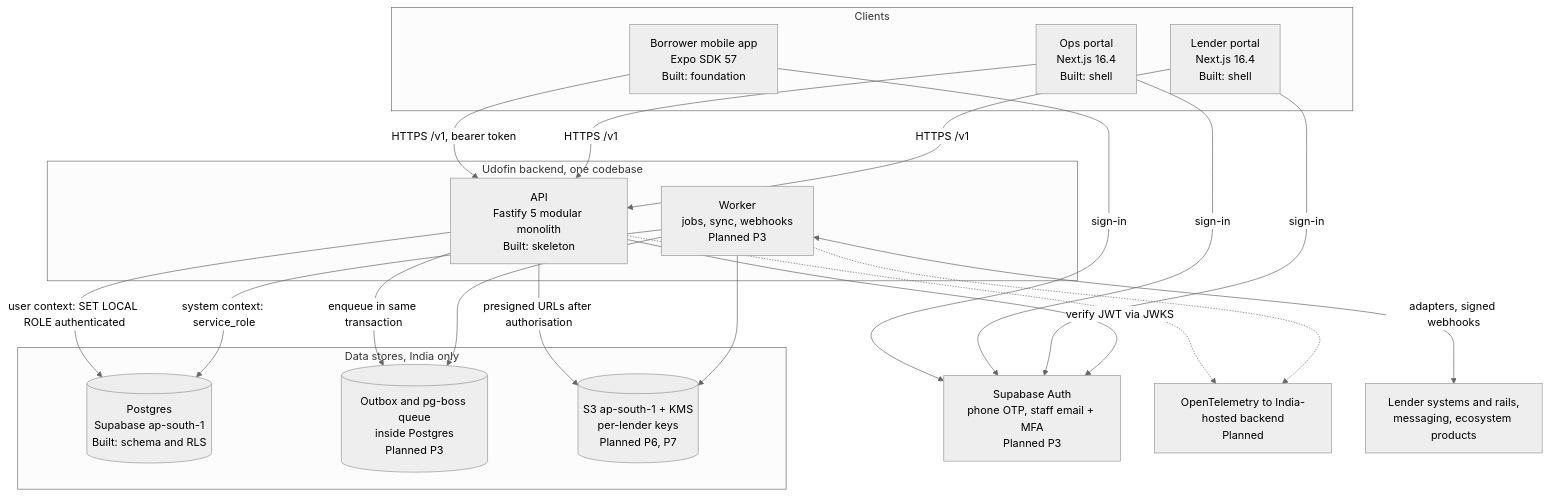
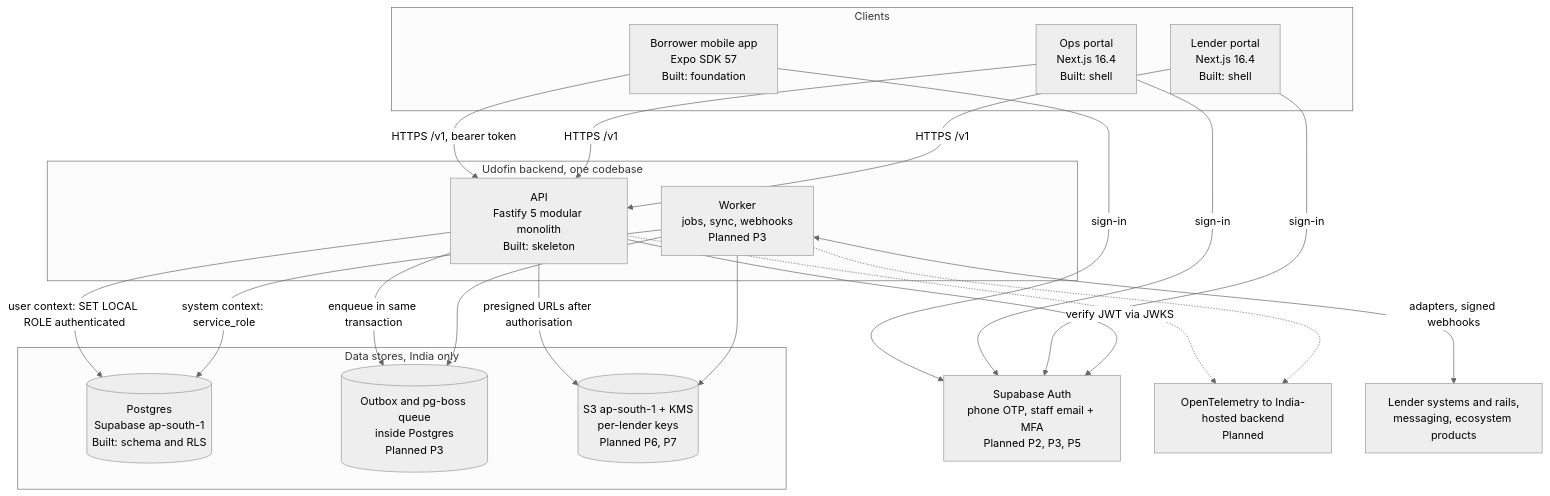
Before and after one commit to lawdocs/udofin1: the second of 5 diagrams in docs/architecture/overview.md, drawn with Mermaid (neutral theme). The commit also changed other lines of this file and 8 other files, not shown here.

First line of the commit message:
docs: reconcile ADRs, architecture and data ownership with the branch

````diff
--- a/docs/architecture/overview.md
+++ b/docs/architecture/overview.md
@@ -157,41 +157,41 @@
 ```mermaid
 flowchart TB
   subgraph clients["Clients"]
     mobile["Borrower mobile app<br/>Expo SDK 57<br/>Built: foundation"]
     opsportal["Ops portal<br/>Next.js 16.4<br/>Built: shell"]
     lenderportal["Lender portal<br/>Next.js 16.4<br/>Built: shell"]
   end
 
-  auth["Supabase Auth<br/>phone OTP, staff email + MFA<br/>Planned P3"]
+  auth["Supabase Auth<br/>phone OTP, staff email + MFA<br/>Planned P2, P3, P5"]
 
   subgraph backend["Udofin backend, one codebase"]
     api["API<br/>Fastify 5 modular monolith<br/>Built: skeleton"]
     worker["Worker<br/>jobs, sync, webhooks<br/>Planned P3"]
   end
 
   subgraph stores["Data stores, India only"]
     pg[("Postgres<br/>Supabase ap-south-1<br/>Built: schema and RLS")]
     queue[("Outbox and pg-boss queue<br/>inside Postgres<br/>Planned P3")]
     s3[("S3 ap-south-1 + KMS<br/>per-lender keys<br/>Planned P6, P7")]
   end
 
   obs["OpenTelemetry to India-hosted backend<br/>Planned"]
   ext["Lender systems and rails,<br/>messaging, ecosystem products"]
 
   mobile -->|"HTTPS /v1, bearer token"| api
   opsportal -->|"HTTPS /v1"| api
   lenderportal -->|"HTTPS /v1"| api
   mobile -->|"sign-in"| auth
   opsportal -->|"sign-in"| auth
   lenderportal -->|"sign-in"| auth
   api -->|"verify JWT via JWKS"| auth
   api -->|"user context: SET LOCAL ROLE authenticated"| pg
   api -->|"enqueue in same transaction"| queue
   worker -->|"system context: service_role"| pg
   worker --> queue
   api -->|"presigned URLs after authorisation"| s3
   worker --> s3
   worker <-->|"adapters, signed webhooks"| ext
   api -.-> obs
   worker -.-> obs
 ```
````
